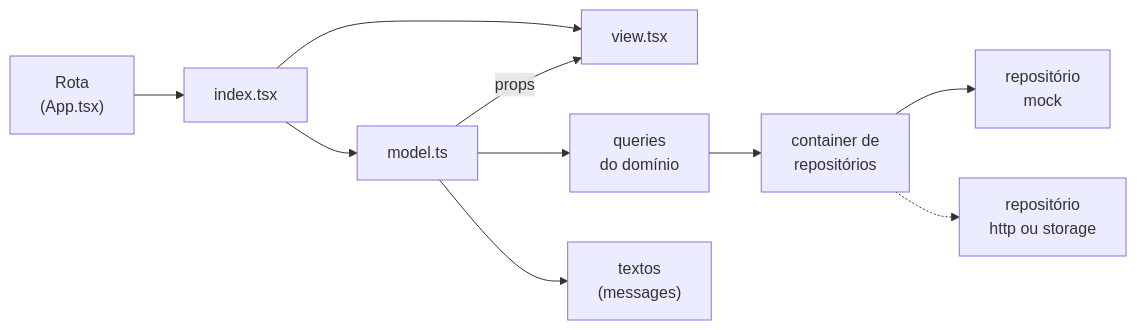
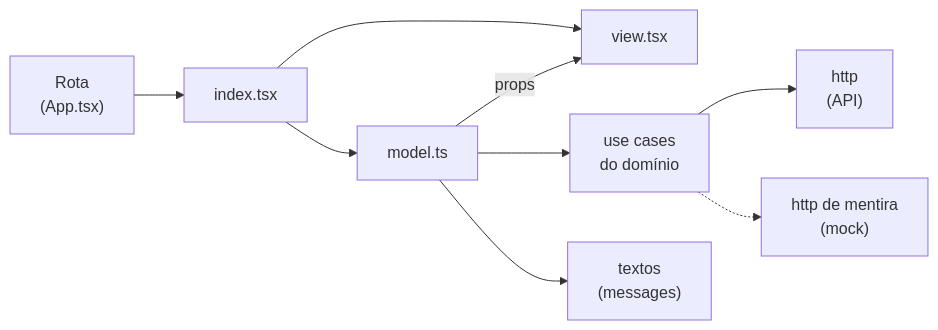
One commit to matizze/prumo changed the diagram in README.md. Above: the diagram before and after it, drawn with Mermaid. The commit also changed other lines of this file and 24 other files, not shown here.

````diff
--- a/README.md
+++ b/README.md
@@ -80,12 +79,11 @@
 ```mermaid
 flowchart LR
   route["Rota<br/>(App.tsx)"] --> index["index.tsx"]
   index --> model["model.ts"]
   index --> view["view.tsx"]
   model -- props --> view
-  model --> queries["queries<br/>do domínio"]
+  model --> usecases["use cases<br/>do domínio"]
   model --> messages["textos<br/>(messages)"]
-  queries --> container["container de<br/>repositórios"]
-  container --> mock["repositório<br/>mock"]
-  container -.-> http["repositório<br/>http ou storage"]
+  usecases --> http["http<br/>(API)"]
+  usecases -.-> mock["http de mentira<br/>(mock)"]
 ```
````
